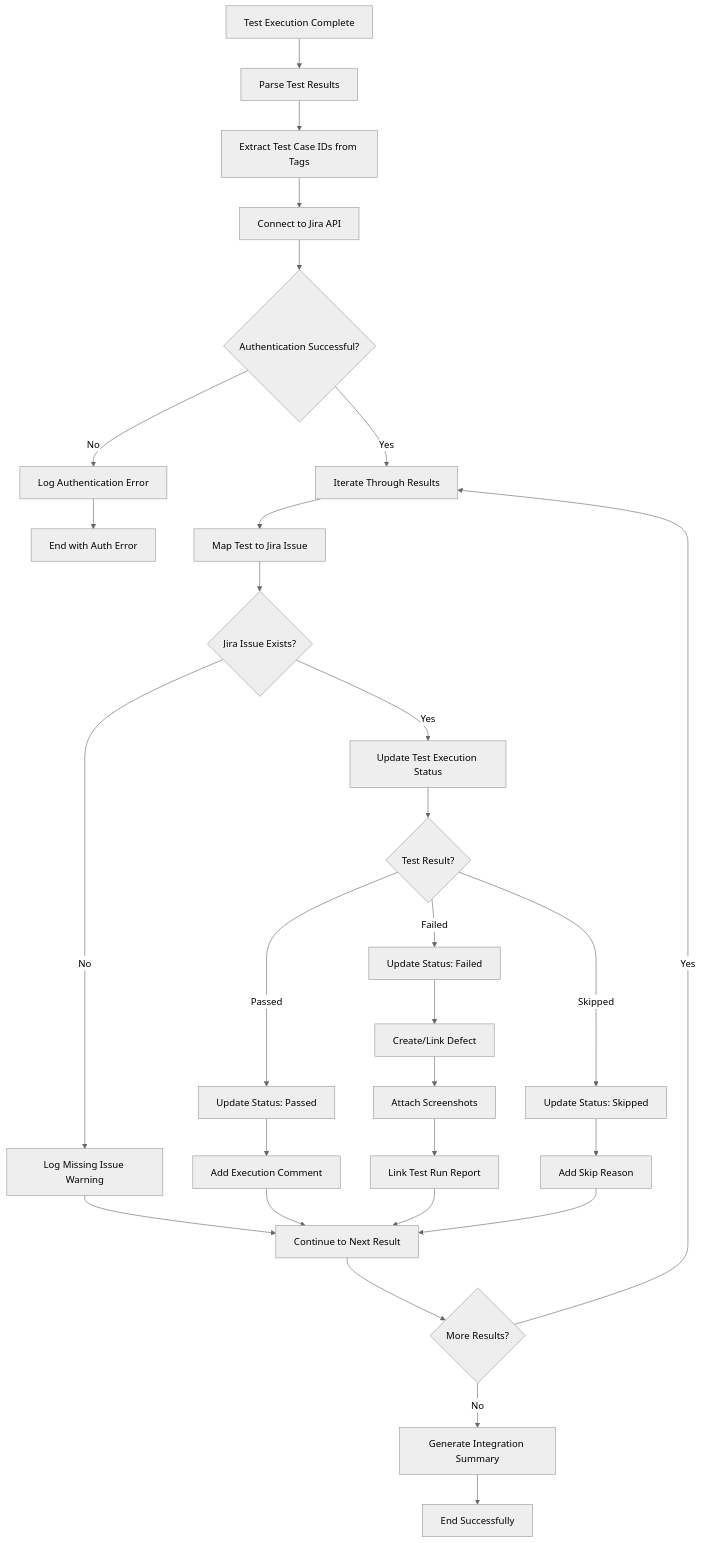
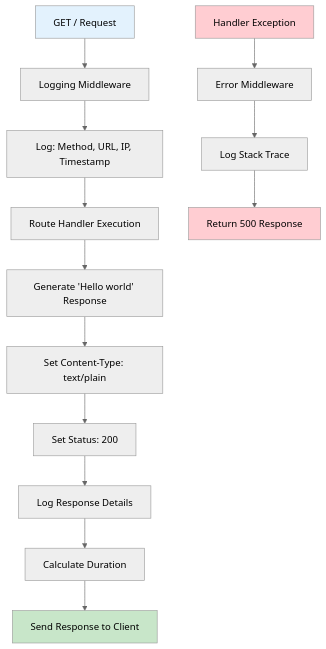
The tenth of 47 diagrams in blitzy/documentation/Technical Specifications.md (lakshya-blitzy/branch_August_lakshya_), drawn with Mermaid (neutral theme) before and after one commit. The commit also changed other lines of this file, not shown here.

````diff
--- a/blitzy/documentation/Technical Specifications.md
+++ b/blitzy/documentation/Technical Specifications.md
@@ -1637,39 +1672,21 @@
 ```mermaid
 flowchart TD
-    A[Test Execution Complete] --> B[Parse Test Results]
-    B --> C[Extract Test Case IDs from Tags]
-    C --> D[Connect to Jira API]
+    A[GET / Request] --> B[Logging Middleware]
+    B --> C[Log: Method, URL, IP, Timestamp]
+    C --> D[Route Handler Execution]
+    D --> E[Generate 'Hello world' Response]
+    E --> F[Set Content-Type: text/plain]
+    F --> G[Set Status: 200]
+    G --> H[Log Response Details]
+    H --> I[Calculate Duration]
+    I --> J[Send Response to Client]
     
-    D --> E{Authentication Successful?}
-    E -->|No| F[Log Authentication Error]
-    E -->|Yes| G[Iterate Through Results]
+    K[Handler Exception] --> L[Error Middleware]
+    L --> M[Log Stack Trace]
+    M --> N[Return 500 Response]
     
-    G --> H[Map Test to Jira Issue]
-    H --> I{Jira Issue Exists?}
-    I -->|No| J[Log Missing Issue Warning]
-    I -->|Yes| K[Update Test Execution Status]
-    
-    K --> L{Test Result?}
-    L -->|Passed| M[Update Status: Passed]
-    L -->|Failed| N[Update Status: Failed]
-    L -->|Skipped| O[Update Status: Skipped]
-    
-    M --> P[Add Execution Comment]
-    N --> Q[Create/Link Defect]
-    O --> R[Add Skip Reason]
-    
-    Q --> S[Attach Screenshots]
-    S --> T[Link Test Run Report]
-    
-    P --> U[Continue to Next Result]
-    R --> U
-    T --> U
-    J --> U
-    
-    U --> V{More Results?}
-    V -->|Yes| G
-    V -->|No| W[Generate Integration Summary]
-    
-    F --> X[End with Auth Error]
-    W --> Y[End Successfully]
+    style A fill:#e3f2fd
+    style J fill:#c8e6c9
+    style K fill:#ffcdd2
+    style N fill:#ffcdd2
 ```
````
